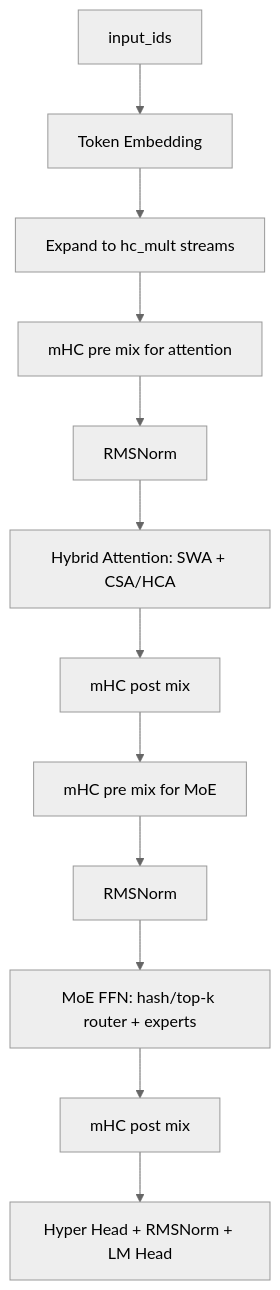
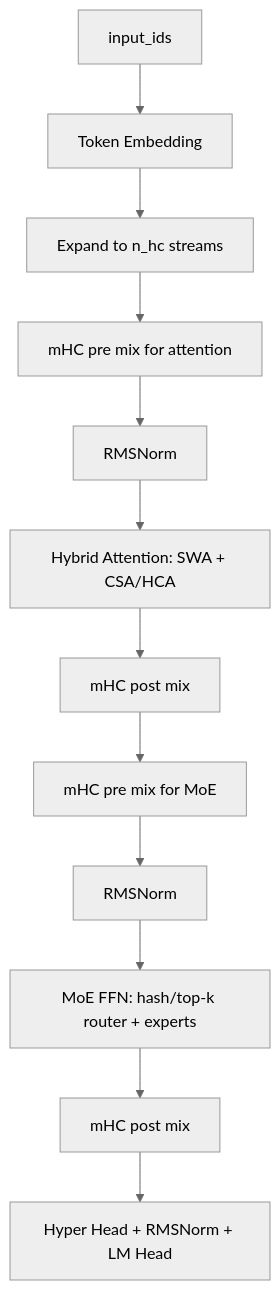
Before and after one commit to wqh011128/wqh011128.github.io: the diagram in _posts/2026-05-08-DeepSeekV4.md, drawn with Mermaid (neutral theme). The commit also changed other lines of this file, not shown here.

````diff
--- a/_posts/2026-05-08-DeepSeekV4.md
+++ b/_posts/2026-05-08-DeepSeekV4.md
@@ -55,14 +55,14 @@
 ```mermaid
 flowchart TD
     A[input_ids] --> B[Token Embedding]
-    B --> C[Expand to hc_mult streams]
+    B --> C[Expand to n_hc streams]
     C --> D[mHC pre mix for attention]
     D --> E[RMSNorm]
     E --> F[Hybrid Attention: SWA + CSA/HCA]
     F --> G[mHC post mix]
     G --> H[mHC pre mix for MoE]
     H --> I[RMSNorm]
     I --> J[MoE FFN: hash/top-k router + experts]
     J --> K[mHC post mix]
     K --> L[Hyper Head + RMSNorm + LM Head]
 ```
````
